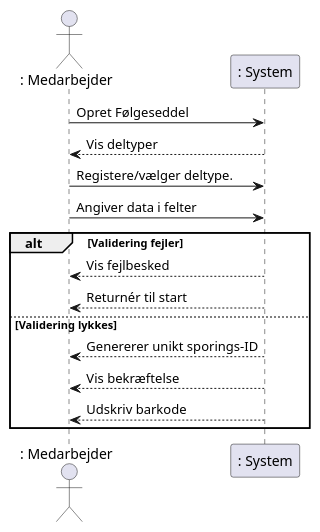
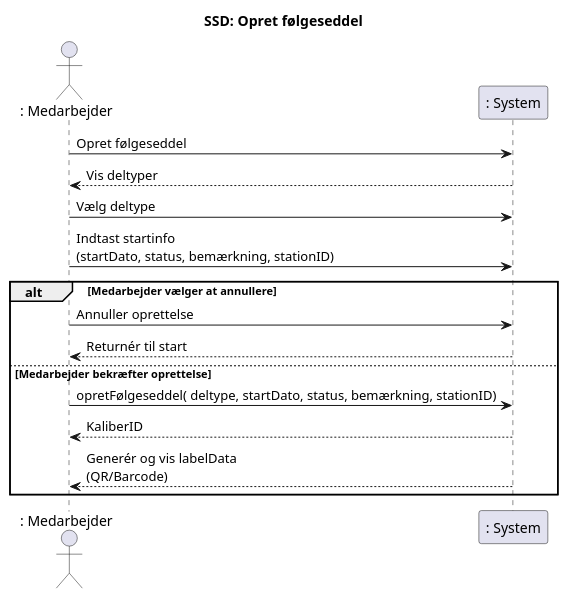
One commit to marsbo04/budweg changed the diagram in uml_artifacts/uc1_ssd.puml. Above: the diagram before and after it, drawn with PlantUML.

Commit message:
Refactor SSD diagram for clarity and consistency in naming conventions

```diff
--- a/uml_artifacts/uc1_ssd.puml
+++ b/uml_artifacts/uc1_ssd.puml
@@ -1,17 +1,23 @@
-@startuml SSD
+@startuml
+title SSD: Opret følgeseddel
+
 actor ": Medarbejder" as Medarbejder
 participant ": System" as System
 
-Medarbejder -> System: Opret Følgeseddel
-Medarbejder <-- System: Vis deltyper
-Medarbejder -> System: Registere/vælger deltype.
-Medarbejder -> System: Angiver data i felter
-alt Validering fejler
-    System --> Medarbejder: Vis fejlbesked
+Medarbejder -> System: Opret følgeseddel
+System --> Medarbejder: Vis deltyper
+
+Medarbejder -> System: Vælg deltype
+Medarbejder -> System: Indtast startinfo\n(startDato, status, bemærkning, stationID)
+
+alt Medarbejder vælger at annullere
+    Medarbejder -> System: Annuller oprettelse    
     System --> Medarbejder: Returnér til start
-else Validering lykkes
-    System --> Medarbejder: Genererer unikt sporings-ID
-    System --> Medarbejder: Vis bekræftelse
-    System --> Medarbejder: Udskriv barkode
+else Medarbejder bekræfter oprettelse
+    Medarbejder -> System: opretFølgeseddel( deltype, startDato, status, bemærkning, stationID)
+
+    System --> Medarbejder: KaliberID
+    System --> Medarbejder: Generér og vis labelData\n(QR/Barcode)
 end
+
 @enduml
```
